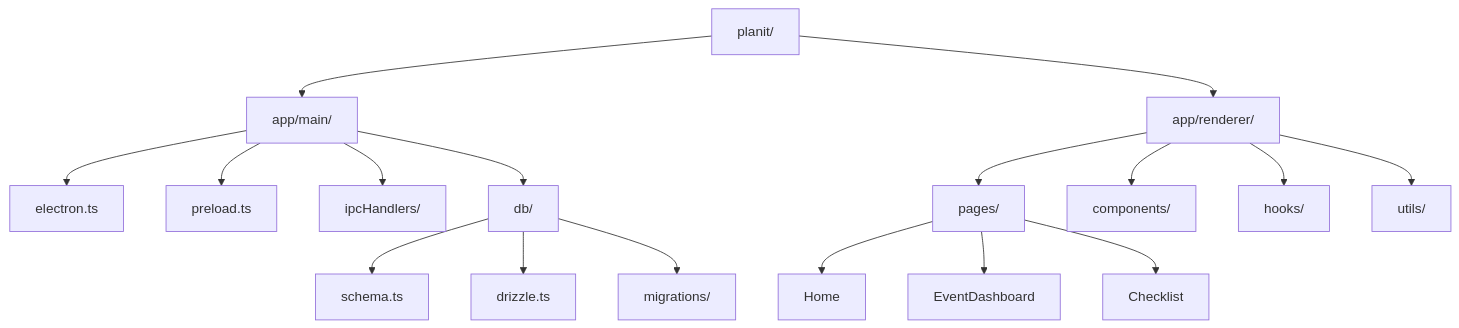
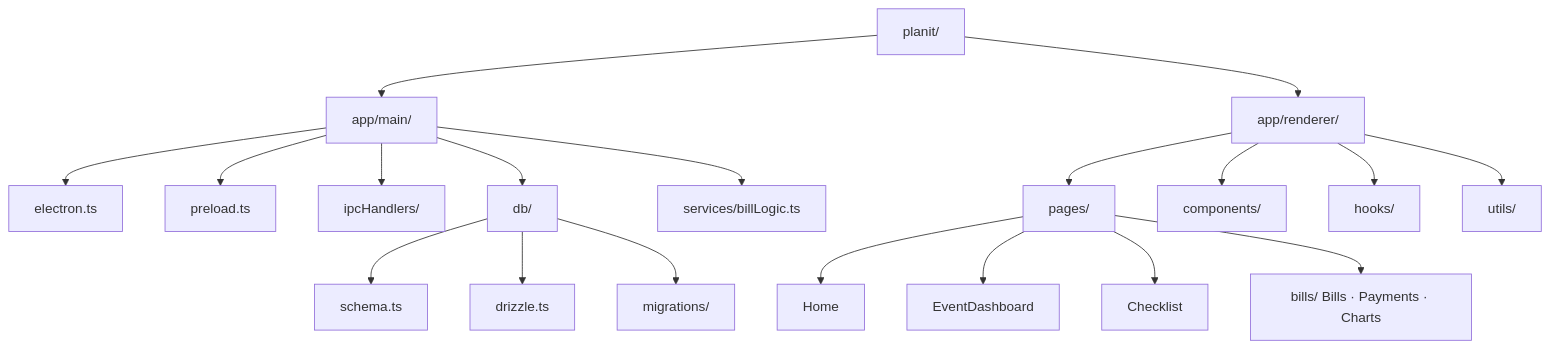
Before and after one commit to BenMob/Planit: the sixth of 7 diagrams in ARCHITECTURE.md, drawn with Mermaid. The commit also changed other lines of this file and 21 other files, not shown here.

````diff
--- a/ARCHITECTURE.md
+++ b/ARCHITECTURE.md
@@ -160,25 +201,28 @@
 ```mermaid
 flowchart TB
   root["planit/"]
 
   root --> main["app/main/"]
   root --> renderer["app/renderer/"]
 
   main --> electron["electron.ts"]
   main --> preload["preload.ts"]
   main --> ipc["ipcHandlers/"]
   main --> db["db/"]
 
   db --> schema["schema.ts"]
   db --> drizzle["drizzle.ts"]
   db --> migrations["migrations/"]
 
   renderer --> pages["pages/"]
   renderer --> components["components/"]
   renderer --> hooks["hooks/"]
   renderer --> utils["utils/"]
 
   pages --> home["Home"]
   pages --> dash["EventDashboard"]
   pages --> checklist["Checklist"]
+  pages --> billsPages["bills/ Bills · Payments · Charts"]
+
+  main --> billLogic["services/billLogic.ts"]
 ```
````
